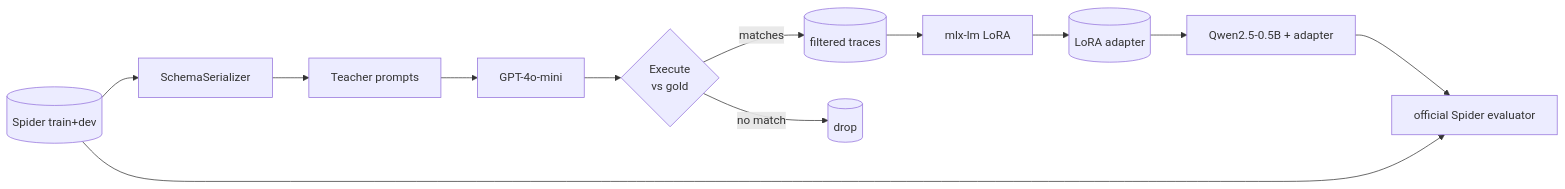
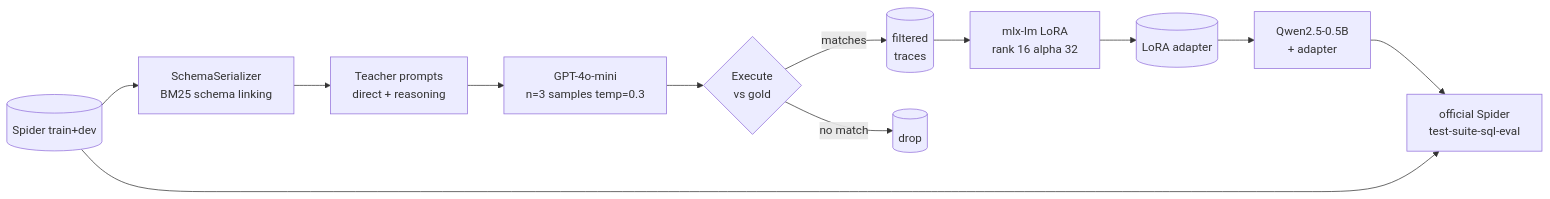
The diagram in README.md (zxuhan/distill-sql), drawn with Mermaid before and after one commit. The commit also changed other lines of this file and 1 other file, not shown here.

````diff
--- a/README.md
+++ b/README.md
@@ -63,14 +83,14 @@
 ```mermaid
 flowchart LR
-  spider[(Spider train+dev)] --> serializer[SchemaSerializer]
-  serializer --> teacher[Teacher prompts]
-  teacher --> openai[GPT-4o-mini]
+  spider[(Spider train+dev)] --> serializer[SchemaSerializer<br/>BM25 schema linking]
+  serializer --> teacher[Teacher prompts<br/>direct + reasoning]
+  teacher --> openai[GPT-4o-mini<br/>n=3 samples temp=0.3]
   openai --> validate{Execute<br/>vs gold}
-  validate -->|matches| traces[(filtered traces)]
+  validate -->|matches| traces[(filtered<br/>traces)]
   validate -->|no match| drop[(drop)]
-  traces --> trainer[mlx-lm LoRA]
+  traces --> trainer[mlx-lm LoRA<br/>rank 16 alpha 32]
   trainer --> adapter[(LoRA adapter)]
-  adapter --> student[Qwen2.5-0.5B + adapter]
-  student --> eval[official Spider evaluator]
+  adapter --> student[Qwen2.5-0.5B<br/>+ adapter]
+  student --> eval[official Spider<br/>test-suite-sql-eval]
   spider --> eval
 ```
````
